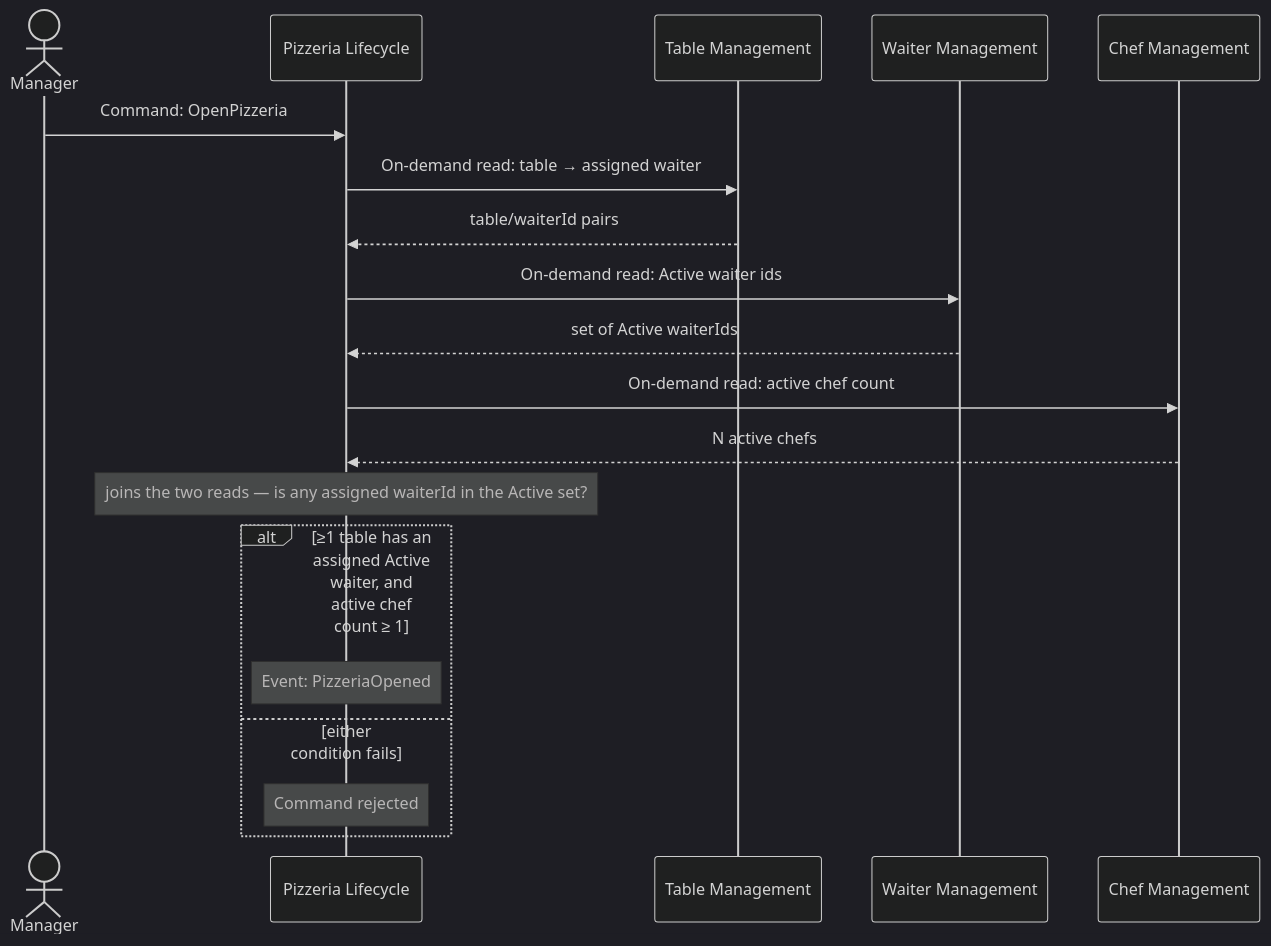
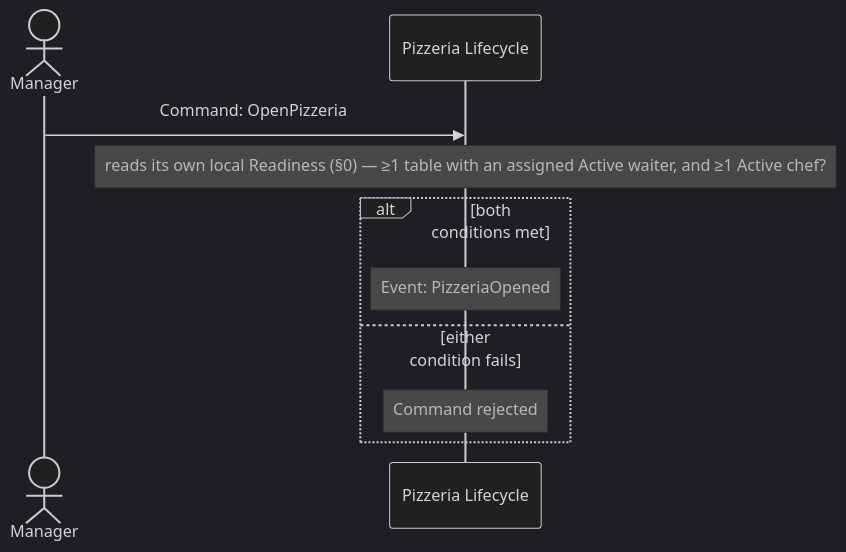
One commit to mmalessa/pizzeria changed the fourth of 6 diagrams in doc/05_connect_message_flows.md. Above: the diagram before and after it, drawn with Mermaid (dark theme). The commit also changed other lines of this file and 2 other files, not shown here.

Commit message:
Replace live cross-context reads with local replication for maximum decoupling

````diff
--- a/doc/05_connect_message_flows.md
+++ b/doc/05_connect_message_flows.md
@@ -148,22 +135,13 @@
 ```mermaid
 sequenceDiagram
     actor Manager
     participant PL as Pizzeria Lifecycle
-    participant TM as Table Management
-    participant WM as Waiter Management
-    participant CM as Chef Management
 
     Manager->>PL: Command: OpenPizzeria
-    PL->>TM: On-demand read: table → assigned waiter
-    TM-->>PL: table/waiterId pairs
-    PL->>WM: On-demand read: Active waiter ids
-    WM-->>PL: set of Active waiterIds
-    PL->>CM: On-demand read: active chef count
-    CM-->>PL: N active chefs
-    Note over PL: joins the two reads — is any assigned waiterId in the Active set?
-    alt ≥1 table has an assigned Active waiter, and active chef count ≥ 1
+    Note over PL: reads its own local Readiness (§0) — ≥1 table with an assigned Active waiter, and ≥1 Active chef?
+    alt both conditions met
         Note over PL: Event: PizzeriaOpened
     else either condition fails
         Note over PL: Command rejected
     end
 ```
````
